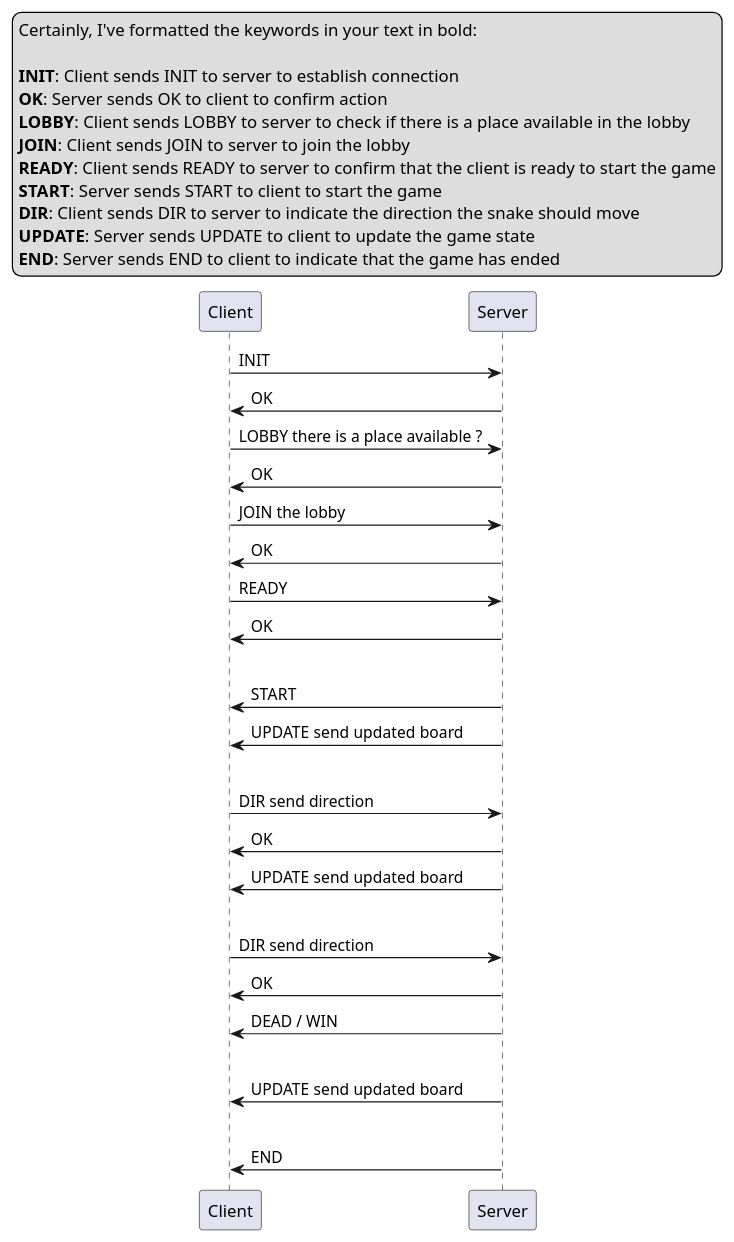
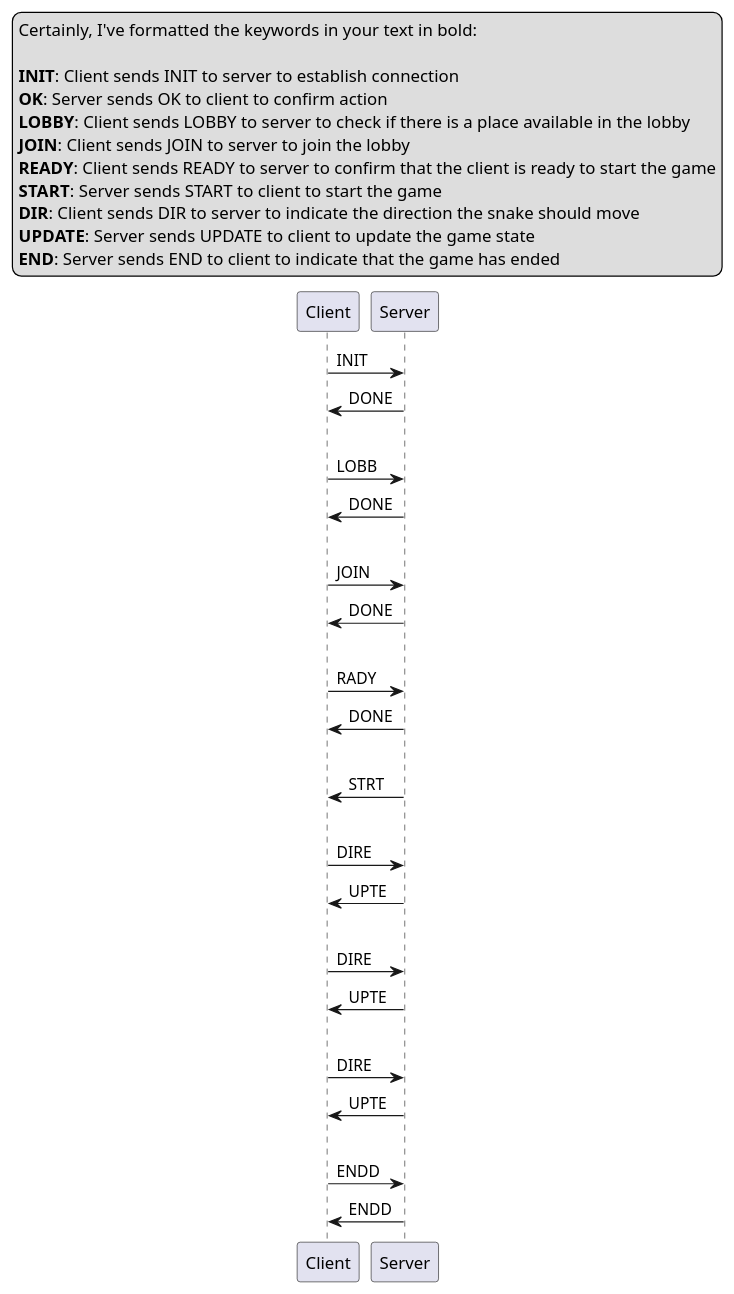
One commit to Theodrosrun/loop-of-legends changed the diagram in docs/ProtocolDiagram.puml. Above: the diagram before and after it, drawn with PlantUML.

Commit message:
WORK:PRotocol

```diff
--- a/docs/ProtocolDiagram.puml
+++ b/docs/ProtocolDiagram.puml
@@ -2,40 +2,42 @@
 @startuml Loop of Legends: The Multi-Snake Challenge
 
 legend top
 Certainly, I've formatted the keywords in your text in bold:
 
 **INIT**: Client sends INIT to server to establish connection
 **OK**: Server sends OK to client to confirm action
 **LOBBY**: Client sends LOBBY to server to check if there is a place available in the lobby
 **JOIN**: Client sends JOIN to server to join the lobby
 **READY**: Client sends READY to server to confirm that the client is ready to start the game
 **START**: Server sends START to client to start the game
 **DIR**: Client sends DIR to server to indicate the direction the snake should move
 **UPDATE**: Server sends UPDATE to client to update the game state
 **END**: Server sends END to client to indicate that the game has ended
 endlegend
 
 Client -> Server :INIT
-Server -> Client :OK
-Client -> Server :LOBBY there is a place available ?
-Server -> Client :OK
-Client -> Server :JOIN the lobby
-Server -> Client :OK
-Client -> Server :READY
-Server -> Client :OK
+Server -> Client :DONE
 |||
-Server -> Client :START
-Server -> Client :UPDATE send updated board
+Client -> Server :LOBB
+Server -> Client :DONE
 |||
-Client -> Server :DIR send direction
-Server -> Client :OK
-Server -> Client :UPDATE send updated board
+Client -> Server :JOIN
+Server -> Client :DONE
 |||
-Client -> Server :DIR send direction
-Server -> Client :OK
-Server -> Client :DEAD / WIN
+Client -> Server :RADY
+Server -> Client :DONE
 |||
-Server -> Client :UPDATE send updated board
+Server -> Client :STRT
 |||
-Server -> Client :END
+Client -> Server :DIRE
+Server -> Client :UPTE
+|||
+Client -> Server :DIRE
+Server -> Client :UPTE
+|||
+Client -> Server :DIRE
+Server -> Client :UPTE
+|||
+Client -> Server :ENDD
+Server -> Client :ENDD
 @enduml
```
